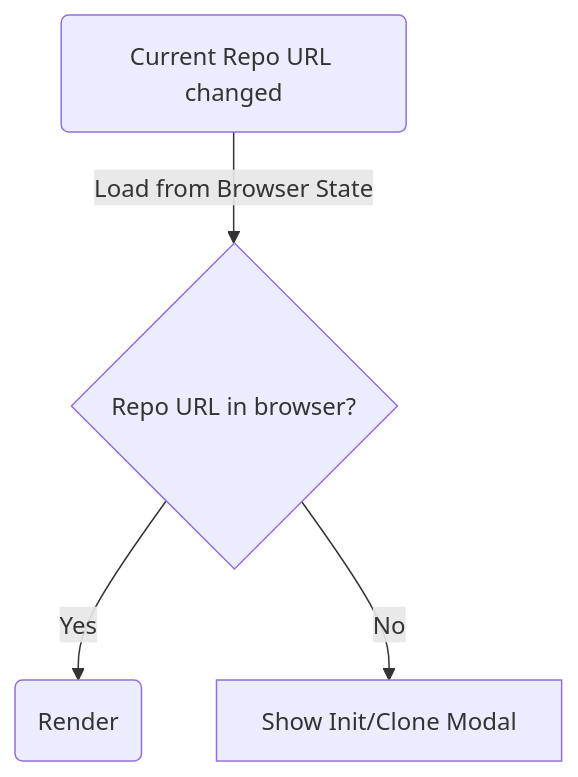
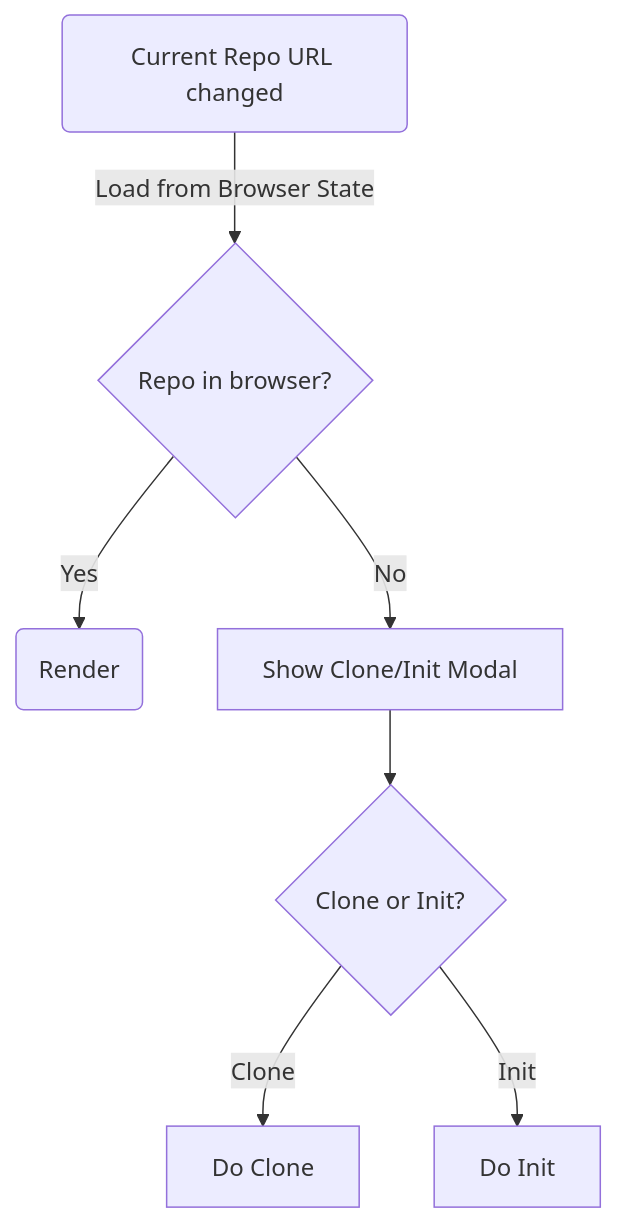
The diagram in t4rD77Dy-co_tSRwiscVs.md (sengac/gitfeatures-spec), drawn with Mermaid before and after one commit. The commit also changed 1 other file, not shown here.

Commit message:
more flow diagram

````diff
--- a/t4rD77Dy-co_tSRwiscVs.md
+++ b/t4rD77Dy-co_tSRwiscVs.md
@@ -10,6 +10,9 @@
 ```mermaid
 graph TD
-    A(Current Repo URL changed) -->|Load from Browser State| B{Repo URL in browser?}
+    A(Current Repo URL changed) -->|Load from Browser State| B{Repo in browser?}
     B -->|Yes| D(Render)
     B -->|No| E[Show Init/Clone Modal]
+    E[Show Clone/Init Modal] --> F{Clone or Init?}
+    F -->|Clone| G[Do Clone]
+    F -->|Init| H[Do Init]
 ```
````
